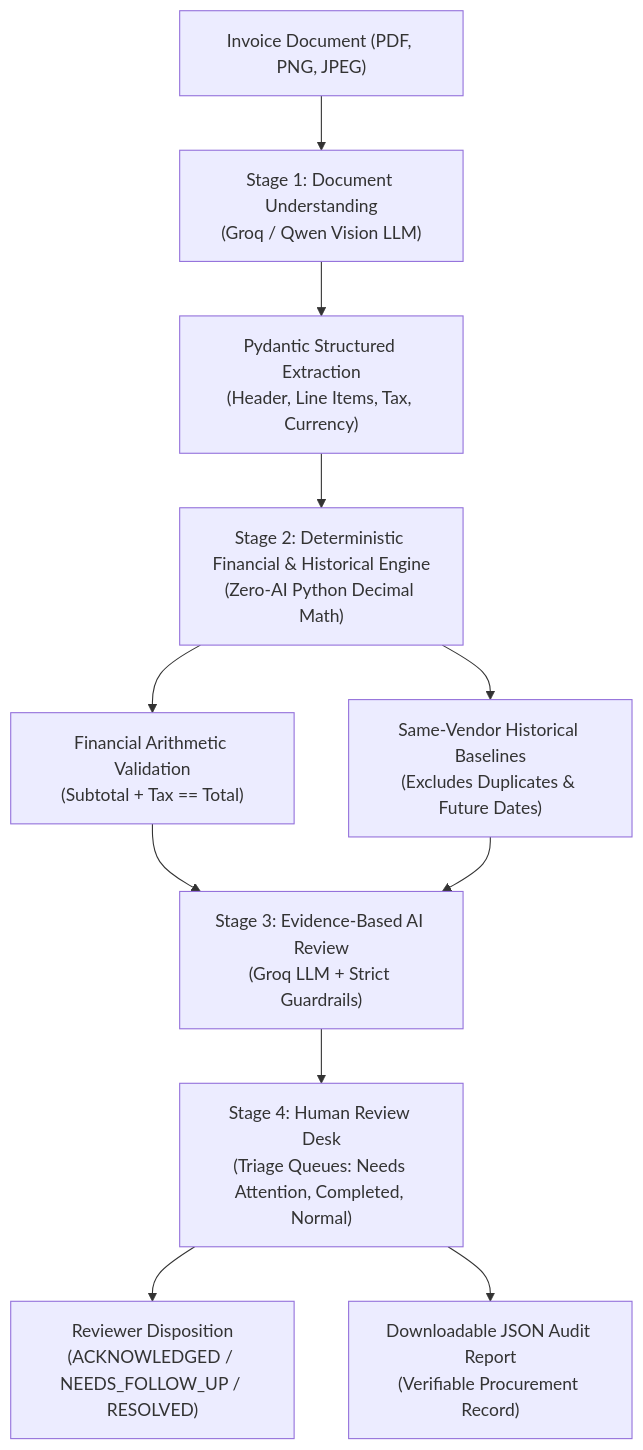
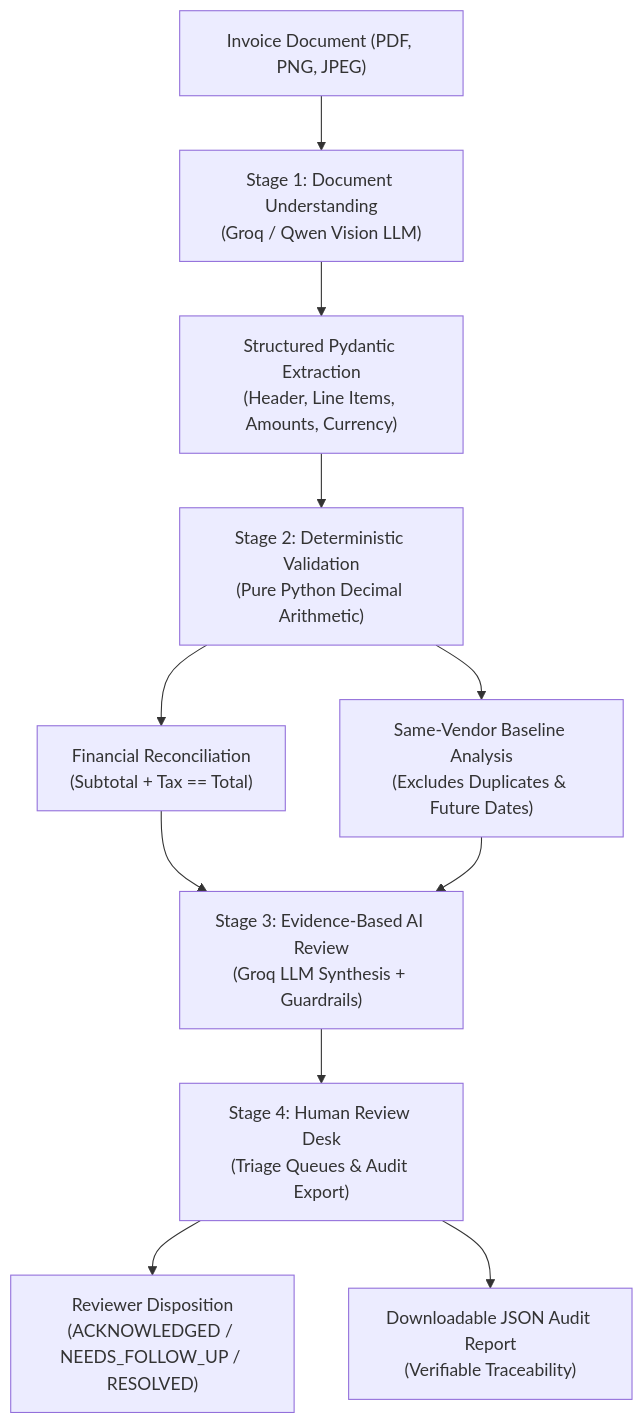
The diagram in README.md (SatwikReddyP08/invoice-ai), drawn with Mermaid before and after one commit. The commit also changed other lines of this file and 5 other files, not shown here.

````diff
--- a/README.md
+++ b/README.md
@@ -51,13 +22,13 @@
 ```mermaid
 flowchart TD
     A["Invoice Document (PDF, PNG, JPEG)"] --> B["Stage 1: Document Understanding\n(Groq / Qwen Vision LLM)"]
-    B --> C["Pydantic Structured Extraction\n(Header, Line Items, Tax, Currency)"]
-    C --> D["Stage 2: Deterministic Financial & Historical Engine\n(Zero-AI Python Decimal Math)"]
-    D --> D1["Financial Arithmetic Validation\n(Subtotal + Tax == Total)"]
-    D --> D2["Same-Vendor Historical Baselines\n(Excludes Duplicates & Future Dates)"]
-    D1 --> E["Stage 3: Evidence-Based AI Review\n(Groq LLM + Strict Guardrails)"]
+    B --> C["Structured Pydantic Extraction\n(Header, Line Items, Amounts, Currency)"]
+    C --> D["Stage 2: Deterministic Validation\n(Pure Python Decimal Arithmetic)"]
+    D --> D1["Financial Reconciliation\n(Subtotal + Tax == Total)"]
+    D --> D2["Same-Vendor Baseline Analysis\n(Excludes Duplicates & Future Dates)"]
+    D1 --> E["Stage 3: Evidence-Based AI Review\n(Groq LLM Synthesis + Guardrails)"]
     D2 --> E
-    E --> F["Stage 4: Human Review Desk\n(Triage Queues: Needs Attention, Completed, Normal)"]
+    E --> F["Stage 4: Human Review Desk\n(Triage Queues & Audit Export)"]
     F --> G["Reviewer Disposition\n(ACKNOWLEDGED / NEEDS_FOLLOW_UP / RESOLVED)"]
-    F --> H["Downloadable JSON Audit Report\n(Verifiable Procurement Record)"]
+    F --> H["Downloadable JSON Audit Report\n(Verifiable Traceability)"]
 ```
````
